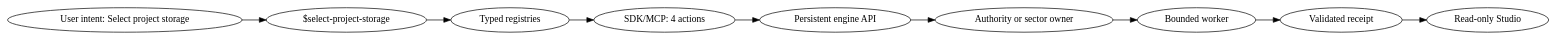
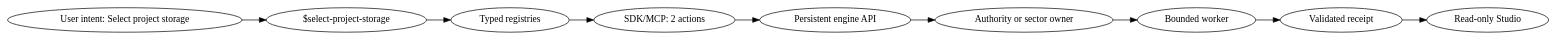
The diagram in plugins/evidence-lane-plugin/sdk/workflows/skills/select-project-storage/workflow.dot (rathee000001/evidence_lane_plugin), drawn with Graphviz before and after one commit. The commit also changed 2144 other files, not shown here.

```diff
--- a/plugins/evidence-lane-plugin/sdk/workflows/skills/select-project-storage/workflow.dot
+++ b/plugins/evidence-lane-plugin/sdk/workflows/skills/select-project-storage/workflow.dot
@@ -1,13 +1,13 @@
 digraph evidence_lane_workflow {
   rankdir=LR;
   user [label="User intent: Select project storage"];
   skill [label="$select-project-storage"];
   registry [label="Typed registries"];
-  sdk [label="SDK/MCP: 4 actions"];
+  sdk [label="SDK/MCP: 2 actions"];
   engine [label="Persistent engine API"];
   owner [label="Authority or sector owner"];
   worker [label="Bounded worker"];
   receipt [label="Validated receipt"];
   studio [label="Read-only Studio"];
   user -> skill -> registry -> sdk -> engine -> owner -> worker -> receipt -> studio;
 }
```
